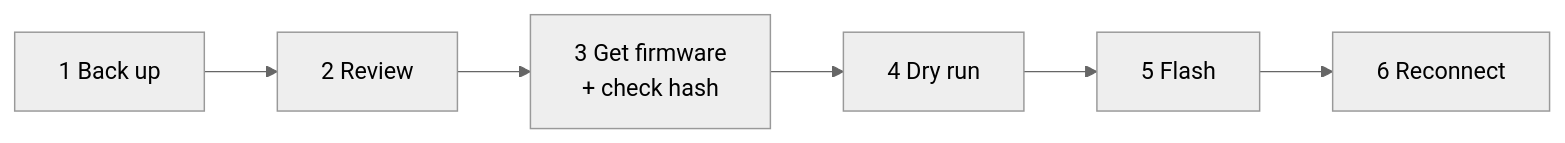
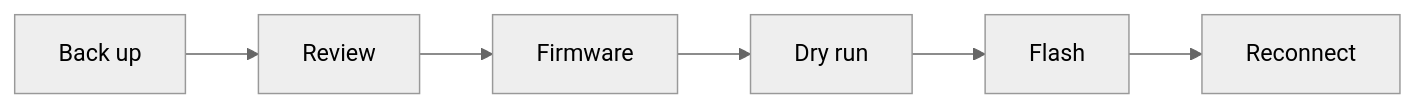
Before and after one commit to dorinxev/gl.inet-routers-backup: the second of 2 diagrams in README.md, drawn with Mermaid (neutral theme).

Commit message:
README: shorten the Route B diagram so it fits the page width

````diff
--- a/README.md
+++ b/README.md
@@ -243,4 +243,4 @@
 ```mermaid
 flowchart LR
-    A["1 Back up"] --> B["2 Review"] --> C["3 Get firmware<br/>+ check hash"] --> D["4 Dry run"] --> E["5 Flash"] --> F["6 Reconnect"]
+    A["Back up"] --> B["Review"] --> C["Firmware"] --> D["Dry run"] --> E["Flash"] --> F["Reconnect"]
 ```
````
